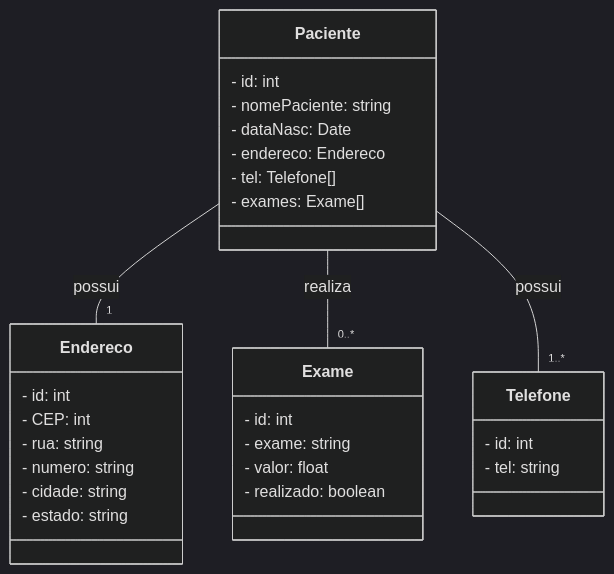
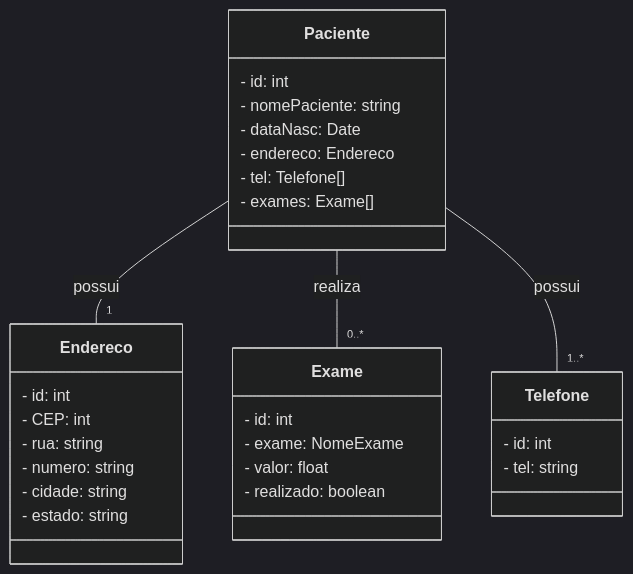
The diagram in README.md (jcarloccs/clinica), drawn with Mermaid (dark theme) before and after one commit. The commit also changed 11 other files, not shown here.

````diff
--- a/README.md
+++ b/README.md
@@ -5,36 +5,36 @@
 ```mermaid
 classDiagram
     class Paciente {
         - id: int
         - nomePaciente: string
         - dataNasc: Date
         - endereco: Endereco
         - tel: Telefone[]
         - exames: Exame[]
     }
 
     class Telefone {
         - id: int
         - tel: string
     }
 
     class Endereco {
         - id: int
         - CEP: int
         - rua: string
         - numero: string
         - cidade: string
         - estado: string
     }
 
     class Exame {
         - id: int
-        - exame: string
+        - exame: NomeExame
         - valor: float
         - realizado: boolean
     }
 
     Paciente -- "1" Endereco : possui
     Paciente -- "0..*" Exame : realiza
     Paciente -- "1..*" Telefone : possui
 ```
````
